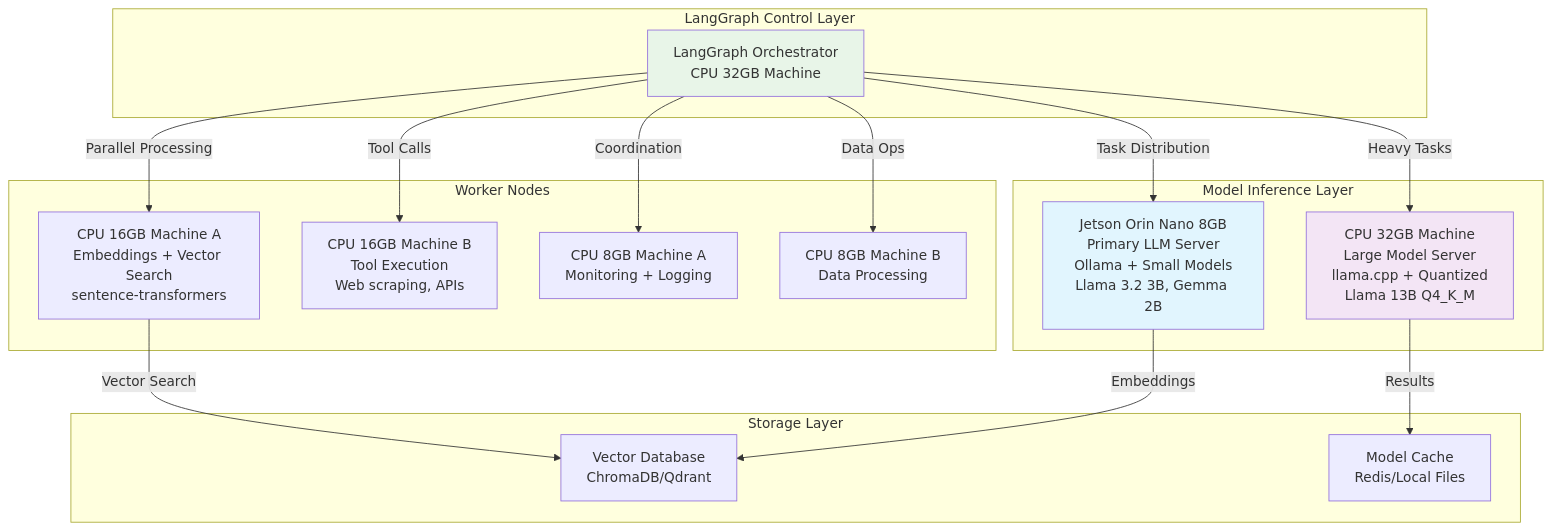
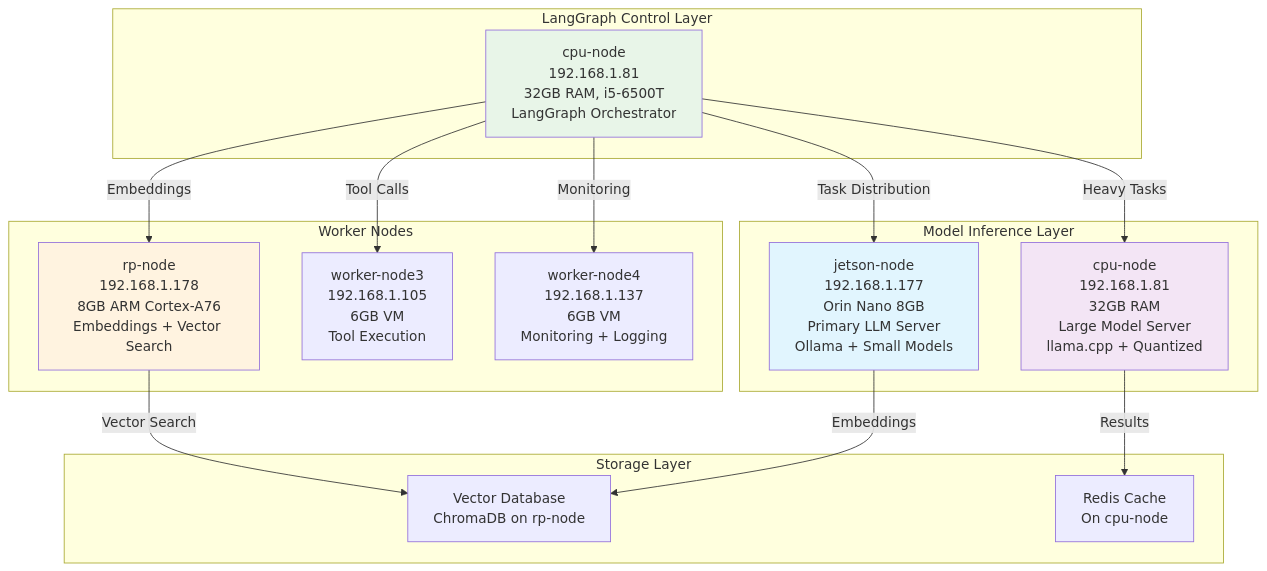
One commit to pavelkushtia/LangGraph changed the first of 7 diagrams in docs/architecture_diagrams.md. Above: the diagram before and after it, drawn with Mermaid. The commit also changed other lines of this file and 7 other files, not shown here.

````diff
--- a/docs/architecture_diagrams.md
+++ b/docs/architecture_diagrams.md
@@ -7,38 +7,37 @@
 ```mermaid
 graph TB
     subgraph "LangGraph Control Layer"
-        LG[LangGraph Orchestrator<br/>CPU 32GB Machine]
+        LG[cpu-node<br/>192.168.1.81<br/>32GB RAM, i5-6500T<br/>LangGraph Orchestrator]
     end
     
     subgraph "Model Inference Layer"
-        JO[Jetson Orin Nano 8GB<br/>Primary LLM Server<br/>Ollama + Small Models<br/>Llama 3.2 3B, Gemma 2B]
-        CPU32[CPU 32GB Machine<br/>Large Model Server<br/>llama.cpp + Quantized<br/>Llama 13B Q4_K_M]
+        JO[jetson-node<br/>192.168.1.177<br/>Orin Nano 8GB<br/>Primary LLM Server<br/>Ollama + Small Models]
+        CPU32[cpu-node<br/>192.168.1.81<br/>32GB RAM<br/>Large Model Server<br/>llama.cpp + Quantized]
     end
     
     subgraph "Worker Nodes"
-        CPU16A[CPU 16GB Machine A<br/>Embeddings + Vector Search<br/>sentence-transformers]
-        CPU16B[CPU 16GB Machine B<br/>Tool Execution<br/>Web scraping, APIs]
-        CPU8A[CPU 8GB Machine A<br/>Monitoring + Logging]
-        CPU8B[CPU 8GB Machine B<br/>Data Processing]
+        RPI[rp-node<br/>192.168.1.178<br/>8GB ARM Cortex-A76<br/>Embeddings + Vector Search]
+        W3[worker-node3<br/>192.168.1.105<br/>6GB VM<br/>Tool Execution]
+        W4[worker-node4<br/>192.168.1.137<br/>6GB VM<br/>Monitoring + Logging]
     end
     
     subgraph "Storage Layer"
-        VDB[Vector Database<br/>ChromaDB/Qdrant]
-        CACHE[Model Cache<br/>Redis/Local Files]
+        VDB[Vector Database<br/>ChromaDB on rp-node]
+        CACHE[Redis Cache<br/>On cpu-node]
     end
     
     LG -->|Task Distribution| JO
     LG -->|Heavy Tasks| CPU32
-    LG -->|Parallel Processing| CPU16A
-    LG -->|Tool Calls| CPU16B
-    LG -->|Coordination| CPU8A
-    LG -->|Data Ops| CPU8B
+    LG -->|Embeddings| RPI
+    LG -->|Tool Calls| W3
+    LG -->|Monitoring| W4
     
     JO -->|Embeddings| VDB
     CPU32 -->|Results| CACHE
-    CPU16A -->|Vector Search| VDB
+    RPI -->|Vector Search| VDB
     
     style JO fill:#e1f5fe
     style CPU32 fill:#f3e5f5
     style LG fill:#e8f5e8
+    style RPI fill:#fff3e0
 ```
````
